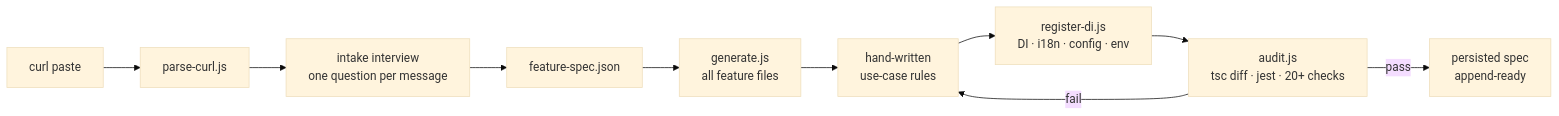
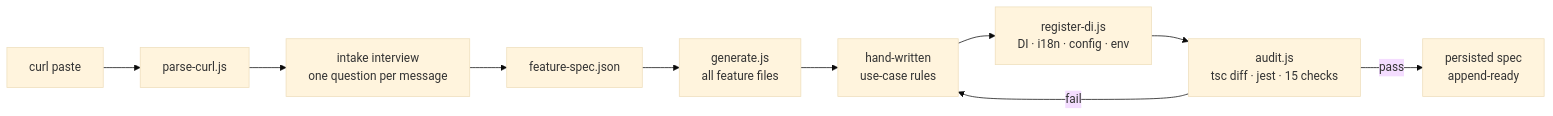
One commit to Mkhira/react-clean-architecture changed the first of 3 diagrams in README.md. Above: the diagram before and after it, drawn with Mermaid (base theme). The commit also changed other lines of this file and 7 other files, not shown here.

````diff
--- a/README.md
+++ b/README.md
@@ -32,12 +32,12 @@
 ```mermaid
 flowchart LR
     A["curl paste"] --> B["parse-curl.js"]
     B --> C["intake interview<br/>one question per message"]
     C --> D["feature-spec.json"]
     D --> E["generate.js<br/>all feature files"]
     E --> F["hand-written<br/>use-case rules"]
     F --> G["register-di.js<br/>DI · i18n · config · env"]
-    G --> H["audit.js<br/>tsc diff · jest · 20+ checks"]
+    G --> H["audit.js<br/>tsc diff · jest · 15 checks"]
     H -->|pass| I["persisted spec<br/>append-ready"]
     H -->|fail| F
 ```
````
